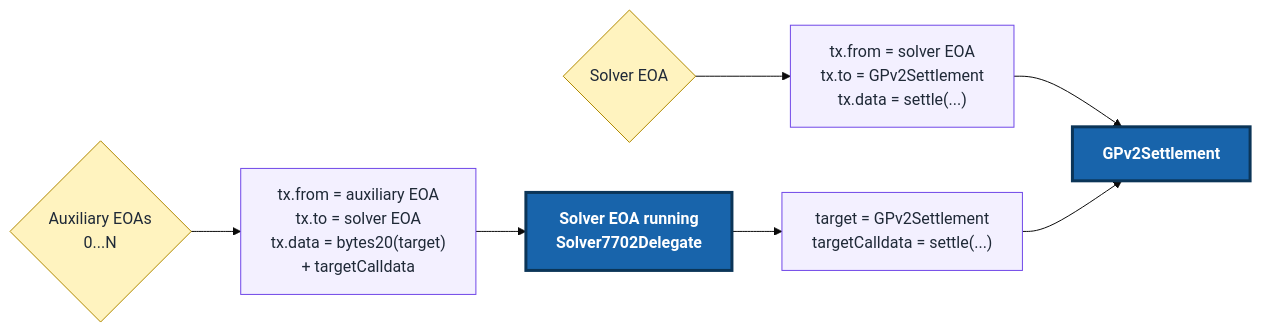
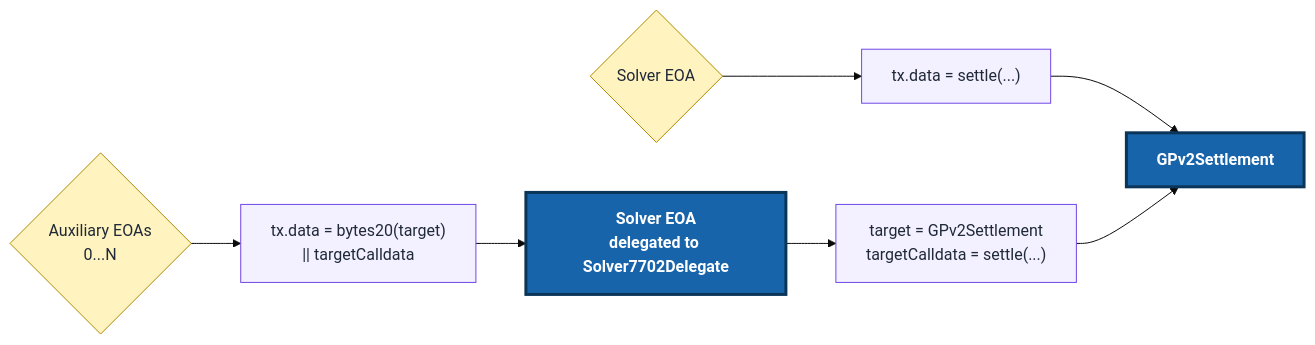
The diagram in docs/cow-protocol/tutorials/solvers/solver-7702-delegate.md (cowprotocol/docs), drawn with Mermaid (base theme) before and after one commit. The commit also changed other lines of this file, not shown here.

````diff
--- a/docs/cow-protocol/tutorials/solvers/solver-7702-delegate.md
+++ b/docs/cow-protocol/tutorials/solvers/solver-7702-delegate.md
@@ -45,20 +47,20 @@
 ```mermaid
 flowchart LR
     SolverEOA{"Solver EOA"}
-    DirectTx["tx.from = solver EOA<br/>tx.to = GPv2Settlement<br/>tx.data = settle(...)"]
+    DirectTx["tx.data = settle(...)"]
     AuxEOAs{"Auxiliary EOAs<br/>0...N"}
-    DelegatedTx["tx.from = auxiliary EOA<br/>tx.to = solver EOA<br/>tx.data = bytes20(target)<br/>+ targetCalldata"]
-    DelegatedSolver["Solver EOA running<br/>Solver7702Delegate"]
+    DelegatedTx["tx.data = bytes20(target)<br/>|| targetCalldata"]
+    DelegatedSolver["Solver EOA<br/>delegated to Solver7702Delegate"]
     TargetCall["target = GPv2Settlement<br/>targetCalldata = settle(...)"]
     Settlement["GPv2Settlement"]
 
     SolverEOA --> DirectTx --> Settlement
     AuxEOAs --> DelegatedTx --> DelegatedSolver --> TargetCall --> Settlement
 
     classDef eoa fill:#fff3bf,stroke:#b08900,color:#1f2937
     classDef tx fill:#f3f0ff,stroke:#7048e8,color:#1f2937
     classDef contract fill:#1864ab,stroke:#0b3558,stroke-width:3px,color:#ffffff,font-weight:bold
     class SolverEOA,AuxEOAs eoa
     class DirectTx,DelegatedTx,TargetCall tx
     class DelegatedSolver,Settlement contract
 ```
````
